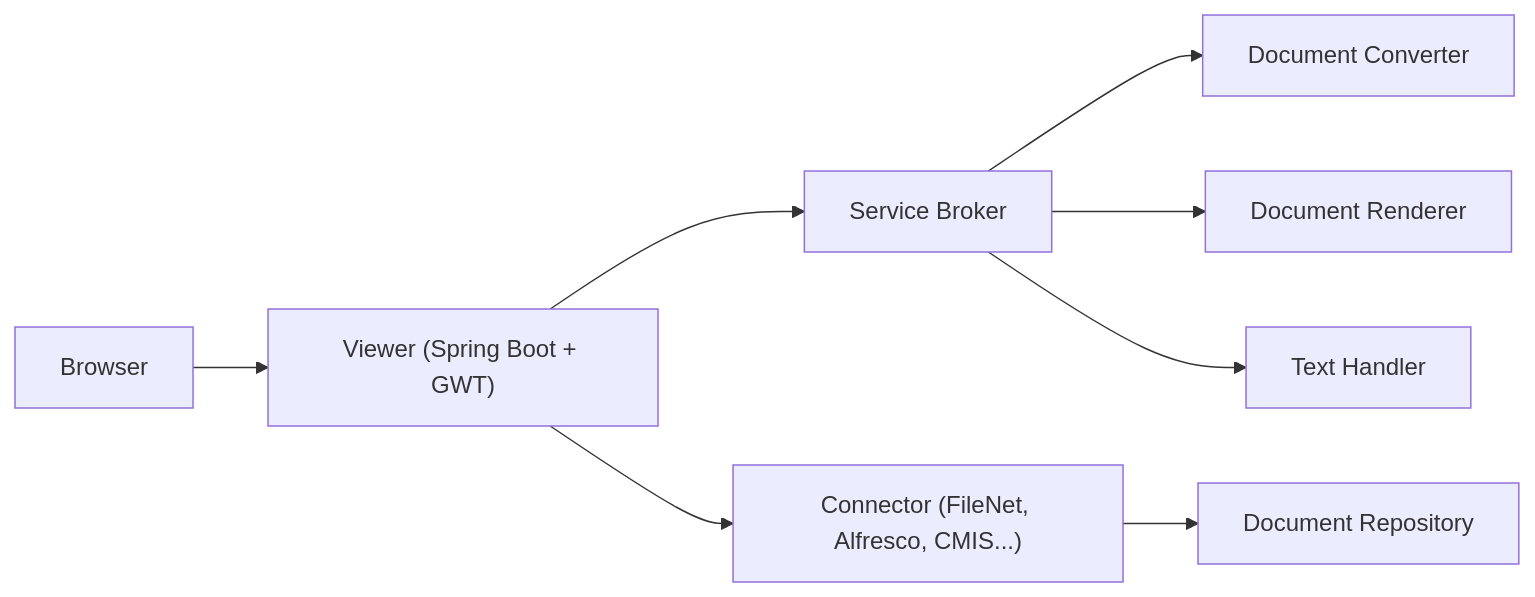
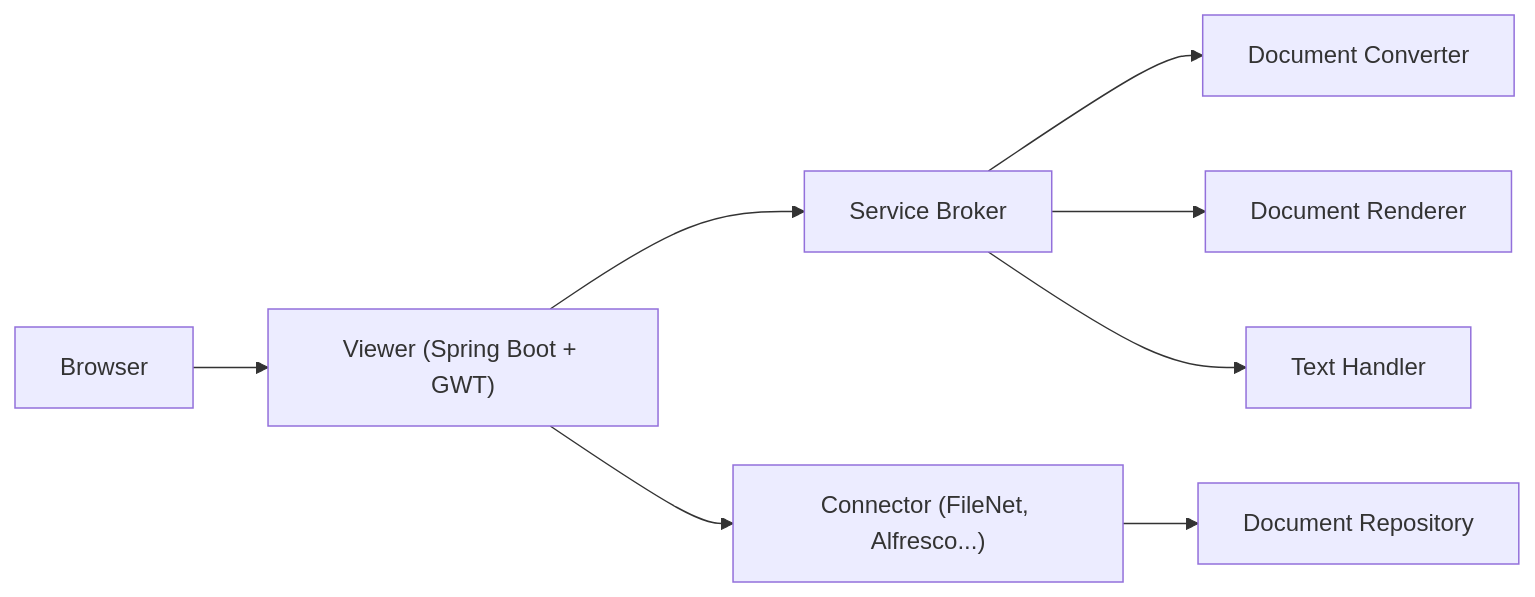
One commit to Uxopian/uxodocs changed the diagram in docs/arender/overview/index.md. Above: the diagram before and after it, drawn with Mermaid. The commit also changed other lines of this file and 14 other files, not shown here.

````diff
--- a/docs/arender/overview/index.md
+++ b/docs/arender/overview/index.md
@@ -51,10 +51,10 @@
 ```mermaid
 graph LR
     Browser --> Viewer["Viewer (Spring Boot + GWT)"]
     Viewer --> Broker["Service Broker"]
     Broker --> Converter["Document Converter"]
     Broker --> Renderer["Document Renderer"]
     Broker --> TextHandler["Text Handler"]
-    Viewer --> Connector["Connector (FileNet, Alfresco, CMIS...)"]
+    Viewer --> Connector["Connector (FileNet, Alfresco...)"]
     Connector --> ECM["Document Repository"]
 ```
````
